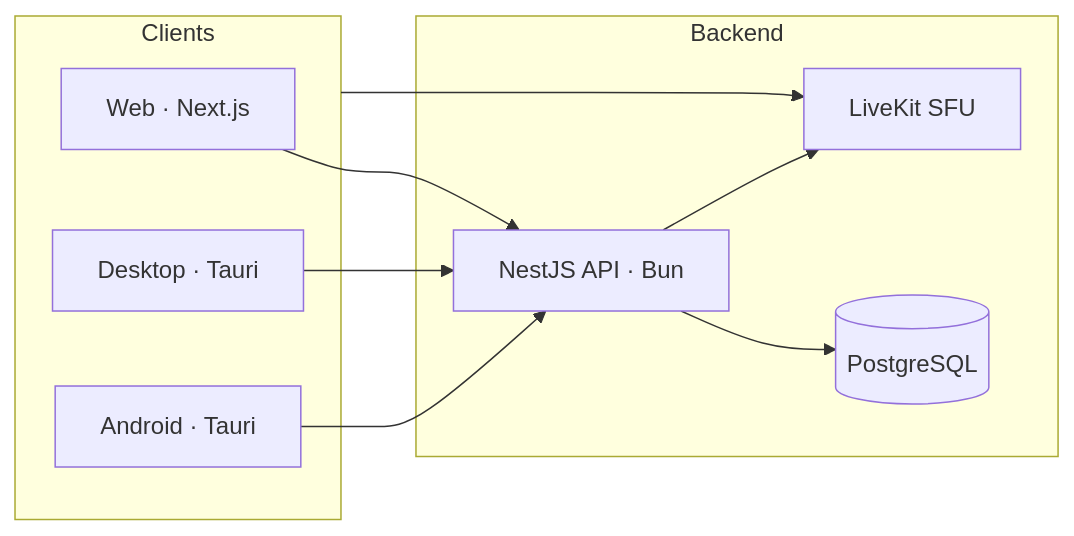
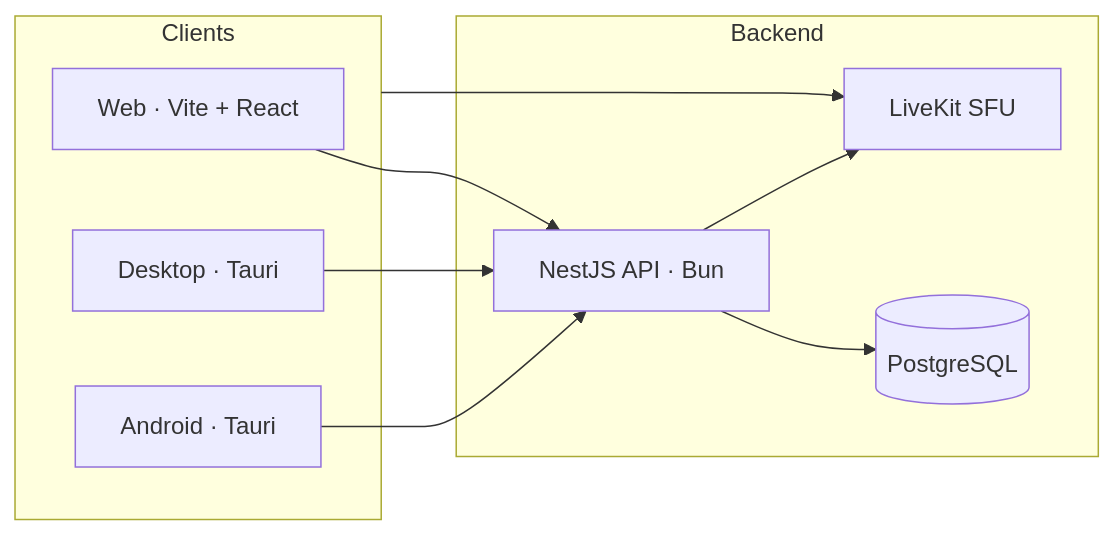
Before and after one commit to Zilero232/chatovo: the diagram in README.md, drawn with Mermaid. The commit also changed other lines of this file and 31 other files, not shown here.

First line of the commit message:
docs: describe the web app as a Vite SPA

````diff
--- a/README.md
+++ b/README.md
@@ -106,21 +107,21 @@
 ```mermaid
 flowchart LR
   subgraph clients["Clients"]
-    WEB["Web · Next.js"]
+    WEB["Web · Vite + React"]
     DESK["Desktop · Tauri"]
     AND["Android · Tauri"]
   end
 
   subgraph backend["Backend"]
     API["NestJS API · Bun"]
     DB[("PostgreSQL")]
     LK["LiveKit SFU"]
   end
 
   WEB --> API
   DESK --> API
   AND --> API
   API --> DB
   clients --> LK
   API --> LK
 ```
````
